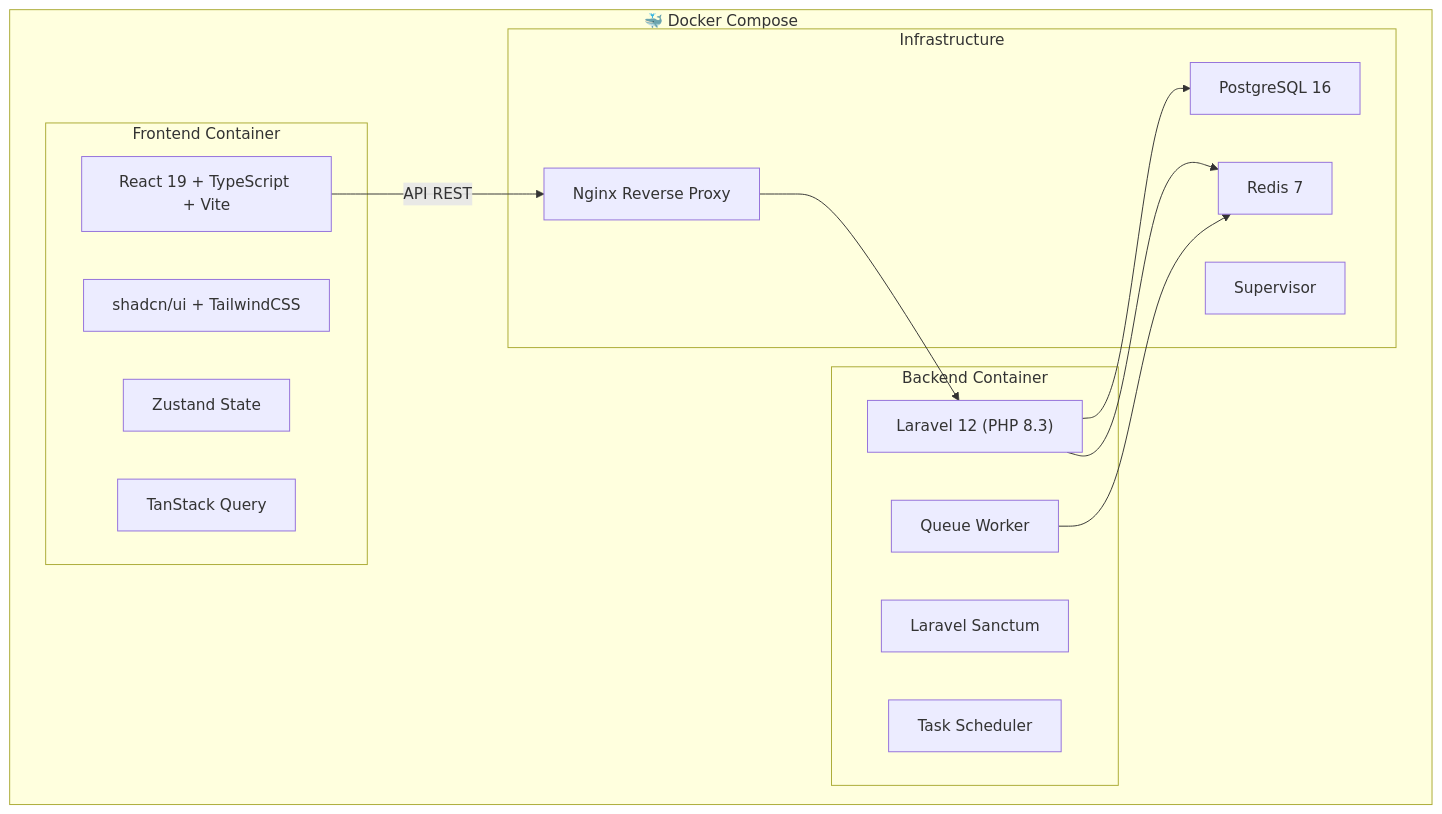
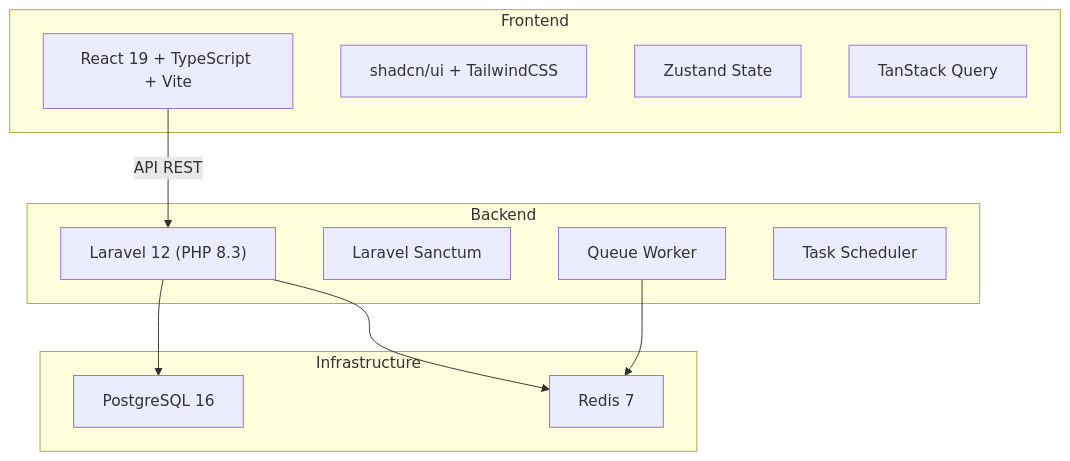
The first of 2 diagrams in implementation_plan.md (Hayy-Balde/GestDepense), drawn with Mermaid before and after one commit. The commit also changed other lines of this file and 52 other files, not shown here.

Commit message:
feat: implement authentication system with Laravel Sanctum and configure new auth pages and routes

````diff
--- a/implementation_plan.md
+++ b/implementation_plan.md
@@ -36,31 +36,26 @@
 ```mermaid
 graph TB
-    subgraph Docker["🐳 Docker Compose"]
-        subgraph Frontend["Frontend Container"]
-            React["React 19 + TypeScript + Vite"]
-            Shadcn["shadcn/ui + TailwindCSS"]
-            Zustand["Zustand State"]
-            TanStack["TanStack Query"]
-        end
-        
-        subgraph Backend["Backend Container"]
-            Laravel["Laravel 12 (PHP 8.3)"]
-            Sanctum["Laravel Sanctum"]
-            Queue["Queue Worker"]
-            Scheduler["Task Scheduler"]
-        end
-        
-        subgraph Infra["Infrastructure"]
-            Nginx["Nginx Reverse Proxy"]
-            PostgreSQL["PostgreSQL 16"]
-            Redis["Redis 7"]
-            Supervisor["Supervisor"]
-        end
+    subgraph Frontend["Frontend"]
+        React["React 19 + TypeScript + Vite"]
+        Shadcn["shadcn/ui + TailwindCSS"]
+        Zustand["Zustand State"]
+        TanStack["TanStack Query"]
     end
     
-    React --> |API REST| Nginx
-    Nginx --> Laravel
+    subgraph Backend["Backend"]
+        Laravel["Laravel 12 (PHP 8.3)"]
+        Sanctum["Laravel Sanctum"]
+        Queue["Queue Worker"]
+        Scheduler["Task Scheduler"]
+    end
+    
+    subgraph Infra["Infrastructure"]
+        PostgreSQL["PostgreSQL 16"]
+        Redis["Redis 7"]
+    end
+    
+    React --> |API REST| Laravel
     Laravel --> PostgreSQL
     Laravel --> Redis
     Queue --> Redis
 ```
````
